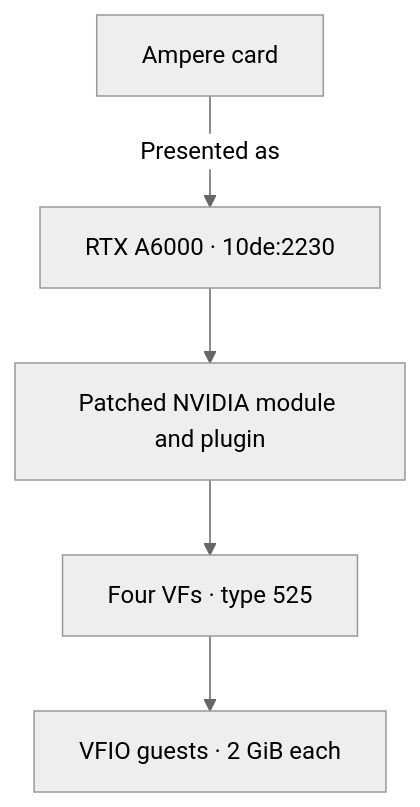
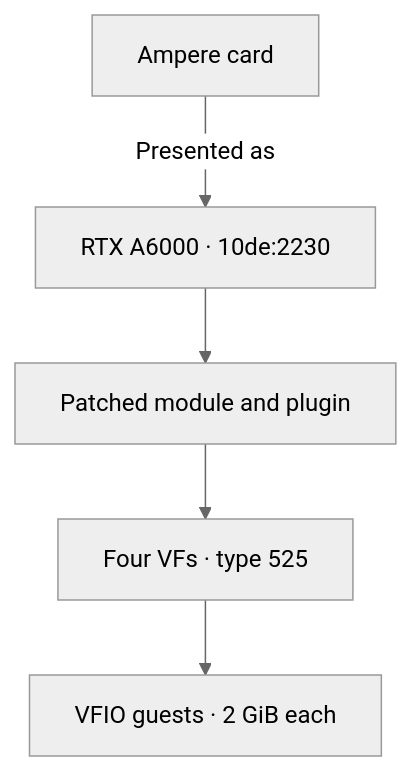
The first of 3 diagrams in docs/ampere.md (noon-at-cgn/geforce-sriov), drawn with Mermaid (neutral theme) before and after one commit. The commit also changed other lines of this file and 86 other files, not shown here.

````diff
--- a/docs/ampere.md
+++ b/docs/ampere.md
@@ -60,7 +34,7 @@
 ```mermaid
 flowchart TD
     card["Ampere card"] -->|Presented as| identity["RTX A6000 · 10de:2230"]
-    identity --> host["Patched NVIDIA module and plugin"]
+    identity --> host["Patched module and plugin"]
     host --> vfs["Four VFs · type 525"]
     vfs --> guests["VFIO guests · 2 GiB each"]
 ```
````
